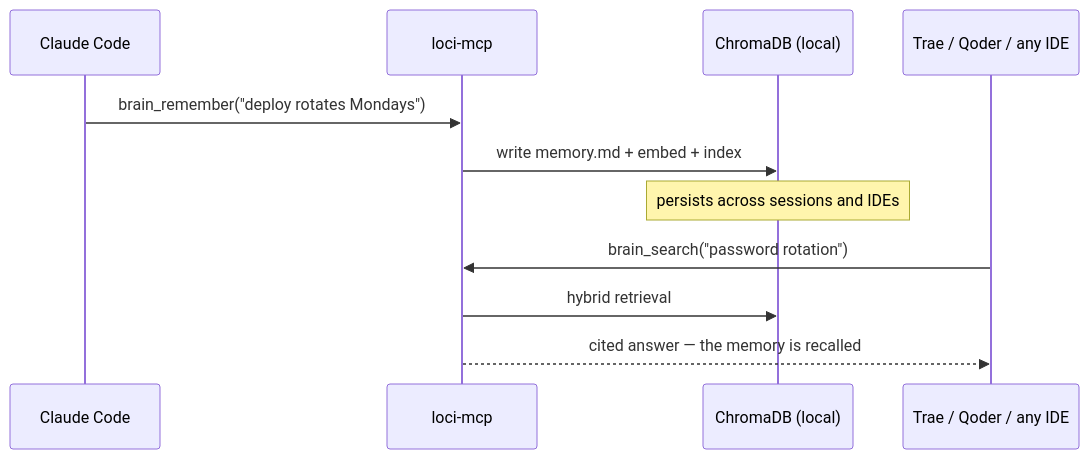
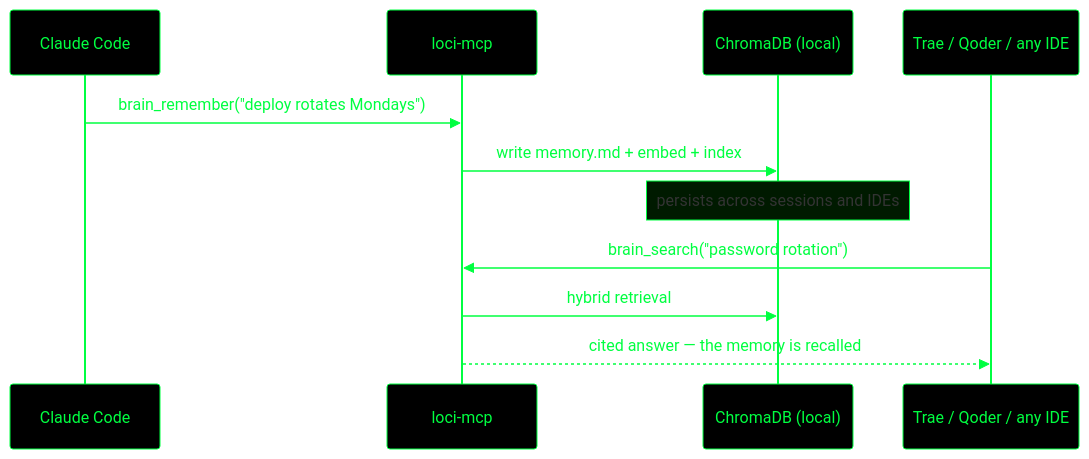
Before and after one commit to IvenKooLab/loci: the third of 3 diagrams in README.md, drawn with Mermaid. The commit also changed other lines of this file, not shown here.

Commit message:
docs: dark matrix theme (black + neon green) for all mermaid diagrams

````diff
--- a/README.md
+++ b/README.md
@@ -239,13 +241,14 @@
 ```mermaid
+%%{init: {'theme':'base','themeVariables':{'background':'#000000','primaryColor':'#000000','primaryTextColor':'#00FF41','primaryBorderColor':'#00FF41','lineColor':'#00FF41','actorBkg':'#000000','actorBorder':'#00FF41','actorTextColor':'#00FF41','signalColor':'#00FF41','signalTextColor':'#00FF41','noteBkgColor':'#001a00','noteBorderColor':'#00FF41','activationBkgColor':'#001a00','edgeLabelBackground':'#000000','fontSize':'15px','fontFamily':'Consolas, monospace'},'themeCSS':'.messageText { fill: #00FF41 !important; } .actor { fill: #000 !important; stroke: #00FF41 !important; } text.actor { fill: #00FF41 !important; }'}}%%
 sequenceDiagram
     participant CC as Claude Code
     participant L as loci-mcp
     participant S as ChromaDB (local)
     participant T as Trae / Qoder / any IDE
     CC->>L: brain_remember("deploy rotates Mondays")
     L->>S: write memory.md + embed + index
     Note over S: persists across sessions and IDEs
     T->>L: brain_search("password rotation")
     L->>S: hybrid retrieval
     L-->>T: cited answer — the memory is recalled
 ```
````
